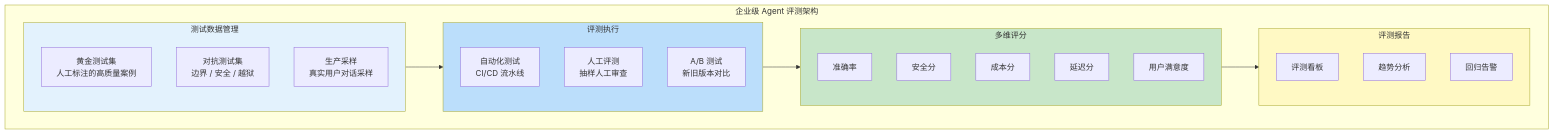
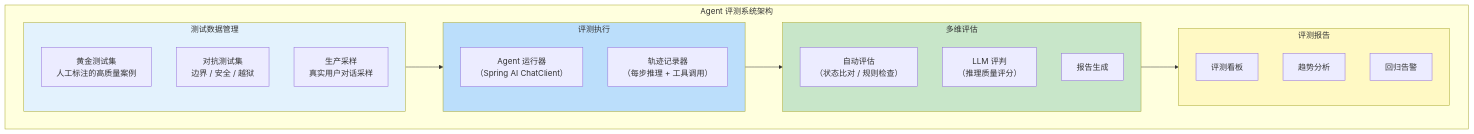
Diagram 15 of 20 in docs/前沿/03-Agent评测基准.md (UranusGit/java-agent-learn), drawn with Mermaid before and after one commit. The commit also changed other lines of this file and 4 other files, not shown here.

````diff
--- a/docs/前沿/03-Agent评测基准.md
+++ b/docs/前沿/03-Agent评测基准.md
@@ -252,39 +493,36 @@
 ```mermaid
 graph TB
-    subgraph 企业评测["企业级 Agent 评测架构"]
+    subgraph 评测系统["Agent 评测系统架构"]
         subgraph 数据层["测试数据管理"]
             GOLD["黄金测试集<br/>人工标注的高质量案例"]
             ADVERSARIAL["对抗测试集<br/>边界 / 安全 / 越狱"]
             PROD["生产采样<br/>真实用户对话采样"]
         end
 
         subgraph 执行层["评测执行"]
-            AUTO["自动化测试<br/>CI/CD 流水线"]
-            HUMAN["人工评测<br/>抽样人工审查"]
-            AB["A/B 测试<br/>新旧版本对比"]
+            RUN["Agent 运行器<br/>（Spring AI ChatClient）"]
+            TRACE["轨迹记录器<br/>（每步推理 + 工具调用）"]
         end
 
-        subgraph 评分层["多维评分"]
-            ACC["准确率"]
-            SAFE["安全分"]
-            COST["成本分"]
-            LATENCY["延迟分"]
-            SAT["用户满意度"]
+        subgraph 评估层["多维评估"]
+            AUTO["自动评估<br/>（状态比对 / 规则检查）"]
+            LLM_JUDGE["LLM 评判<br/>（推理质量评分）"]
+            REPORT["报告生成"]
         end
 
         subgraph 报告层["评测报告"]
             DASH["评测看板"]
             TREND["趋势分析"]
             ALERT["回归告警"]
         end
     end
 
     数据层 --> 执行层
-    执行层 --> 评分层
-    评分层 --> 报告层
+    执行层 --> 评估层
+    评估层 --> 报告层
 
     style 数据层 fill:#e3f2fd
     style 执行层 fill:#bbdefb
-    style 评分层 fill:#c8e6c9
+    style 评估层 fill:#c8e6c9
     style 报告层 fill:#fff9c4
 ```
````
